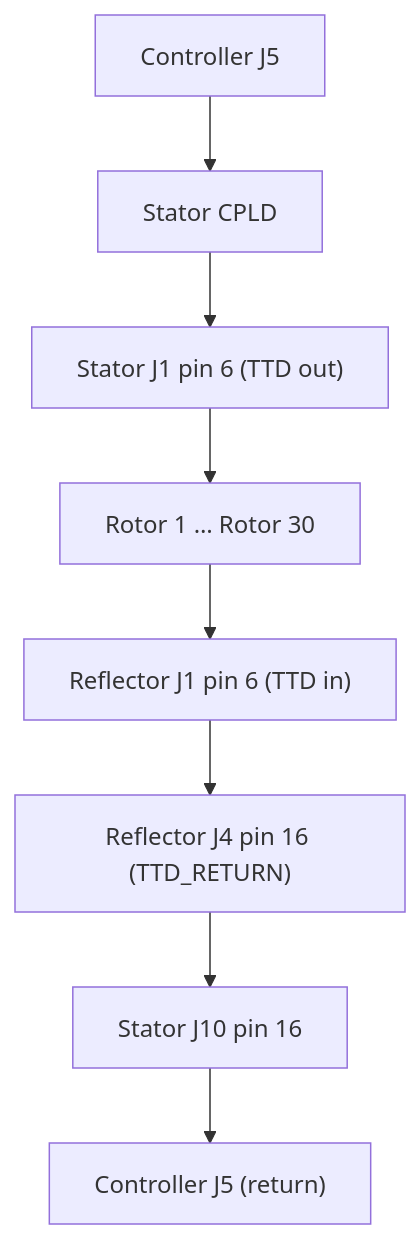
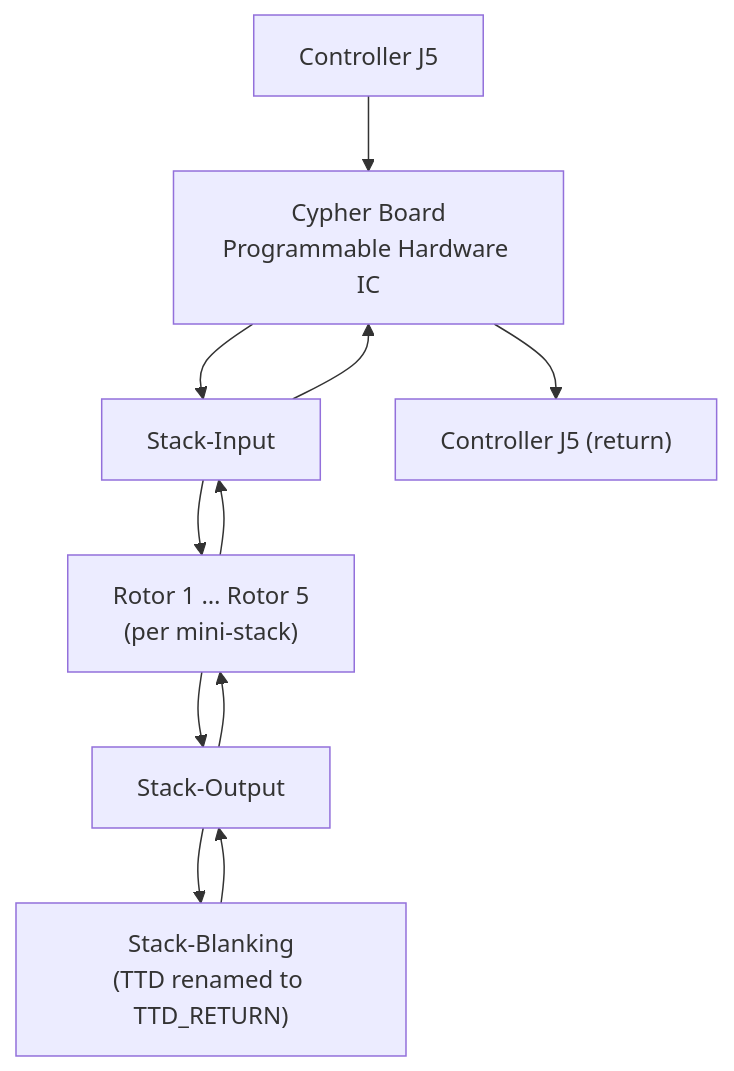
One commit to thepinkmile/Enigma-NG changed the third of 3 diagrams in design/Electronics/System_Architecture.md. Above: the diagram before and after it, drawn with Mermaid. The commit also changed other lines of this file, not shown here.

First line of the commit message:
Updates to System Architecture after Cypher system updates.

````diff
--- a/design/Electronics/System_Architecture.md
+++ b/design/Electronics/System_Architecture.md
@@ -194,13 +193,12 @@
 ```mermaid
 flowchart TD
     CTL["Controller J5"]
-    CPLD["Stator CPLD"]
-    STAJ1["Stator J1 pin 6 (TTD out)"]
-    ROTORS["Rotor 1 … Rotor 30"]
-    RFLIN["Reflector J1 pin 6 (TTD in)"]
-    RFLOUT["Reflector J4 pin 16 (TTD_RETURN)"]
-    STAJ10["Stator J10 pin 16"]
+    CPLD["Cypher Board<br>Programmable Hardware IC"]
+    SIN["Stack-Input"]
+    ROTORS["Rotor 1 … Rotor 5<br>(per mini-stack)"]
+    SOUT["Stack-Output"]
+    SBLANK["Stack-Blanking<br>(TTD renamed to TTD_RETURN)"]
     CTL_RET["Controller J5 (return)"]
 
-    CTL --> CPLD --> STAJ1 --> ROTORS --> RFLIN --> RFLOUT --> STAJ10 --> CTL_RET
+    CTL --> CPLD --> SIN --> ROTORS --> SOUT --> SBLANK --> SOUT --> ROTORS --> SIN --> CPLD --> CTL_RET
 ```
````
